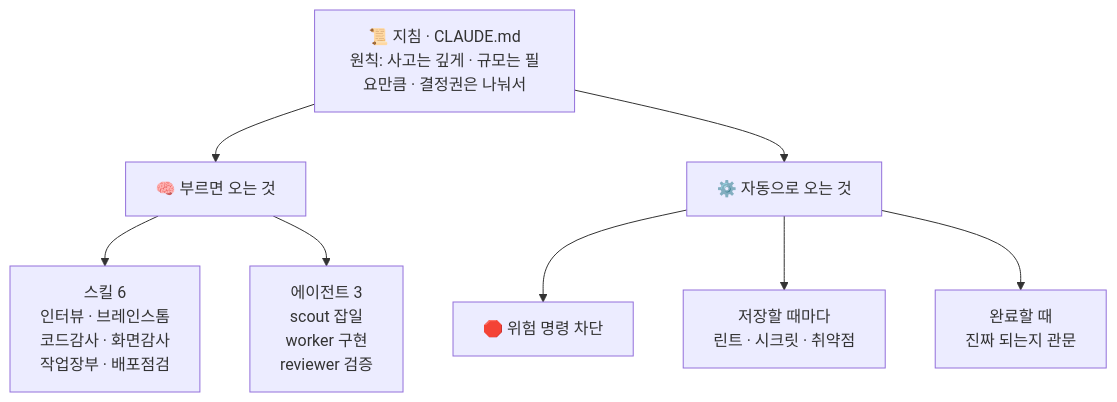
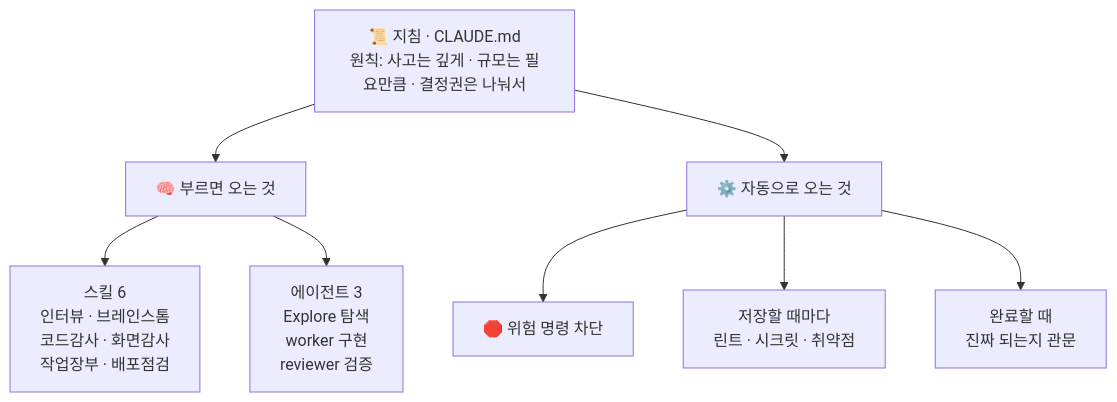
The diagram in README.md (khakisketch/KSI-Claude-Harness), drawn with Mermaid before and after one commit. The commit also changed other lines of this file and 8 other files, not shown here.

First line of the commit message:
0.9.15 — roster 정리: scout 제거, worker 권한 협소화

````diff
--- a/README.md
+++ b/README.md
@@ -121,13 +125,13 @@
 ```mermaid
 flowchart TB
     D["📜 지침 · CLAUDE.md<br/>원칙: 사고는 깊게 · 규모는 필요만큼 · 결정권은 나눠서"]
     D --> DEL["🧠 부르면 오는 것"]
     D --> AUT["⚙️ 자동으로 오는 것"]
 
     DEL --> SK["스킬 6<br/>인터뷰 · 브레인스톰<br/>코드감사 · 화면감사<br/>작업장부 · 배포점검"]
-    DEL --> AG["에이전트 3<br/>scout 잡일<br/>worker 구현<br/>reviewer 검증"]
+    DEL --> AG["에이전트 3<br/>Explore 탐색<br/>worker 구현<br/>reviewer 검증"]
 
     AUT --> BA["🛑 위험 명령 차단"]
     AUT --> ED["저장할 때마다<br/>린트 · 시크릿 · 취약점"]
     AUT --> ST["완료할 때<br/>진짜 되는지 관문"]
 ```
````
